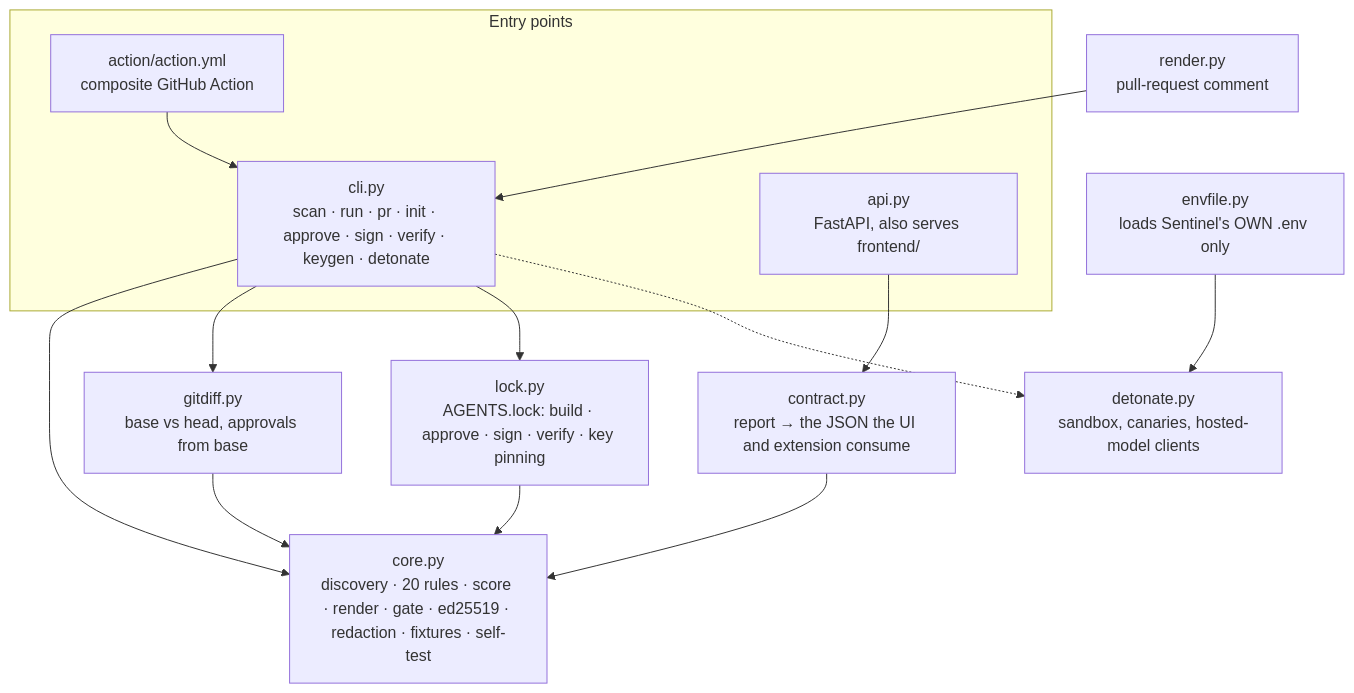
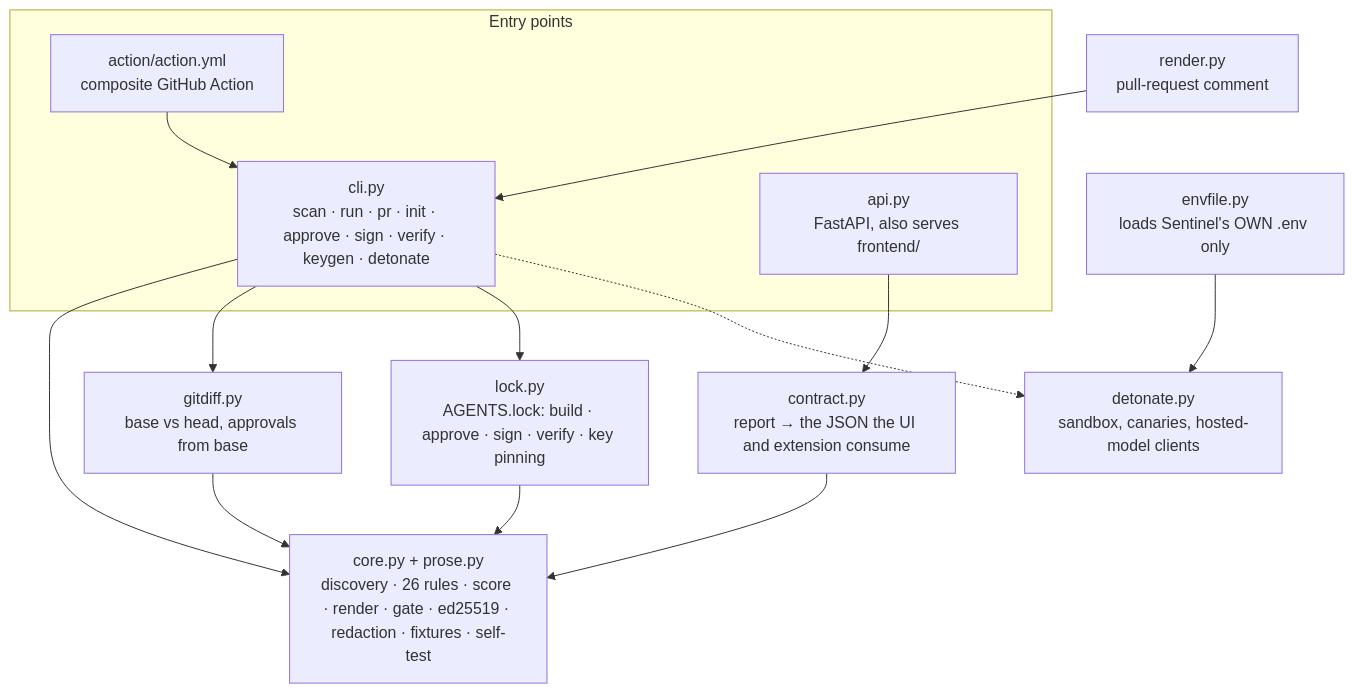
One commit to GarvitAgrawal04/SENTINEL changed the second of 2 diagrams in README.md. Above: the diagram before and after it, drawn with Mermaid. The commit also changed other lines of this file and 8 other files, not shown here.

Commit message:
0.7.0: measured on the team's adversarial corpus; prose families S21-S26 (observation unless aggravated), evasion normalisation, tool-description scanning, exfil staging; precision gate on 930 real repos unchanged

````diff
--- a/README.md
+++ b/README.md
@@ -507,20 +519,20 @@
 ```mermaid
 flowchart TB
   subgraph EP["Entry points"]
     cli[cli.py<br/>scan · run · pr · init · approve · sign · verify · keygen · detonate]
     api[api.py<br/>FastAPI, also serves frontend/]
     act[action/action.yml<br/>composite GitHub Action]
   end
   cli --> core
   api --> contract[contract.py<br/>report → the JSON the UI and extension consume]
   contract --> core
   act --> cli
   cli --> gitdiff[gitdiff.py<br/>base vs head, approvals from base]
   cli --> lock[lock.py<br/>AGENTS.lock: build · approve · sign · verify · key pinning]
   cli -.-> detonate[detonate.py<br/>sandbox, canaries, hosted-model clients]
   gitdiff --> core
   lock --> core
-  core[core.py<br/>discovery · 20 rules · score · render · gate · ed25519 · redaction · fixtures · self-test]
+  core[core.py + prose.py<br/>discovery · 26 rules · score · render · gate · ed25519 · redaction · fixtures · self-test]
   render[render.py<br/>pull-request comment] --> cli
   env[envfile.py<br/>loads Sentinel's OWN .env only] --> detonate
 ```
````
